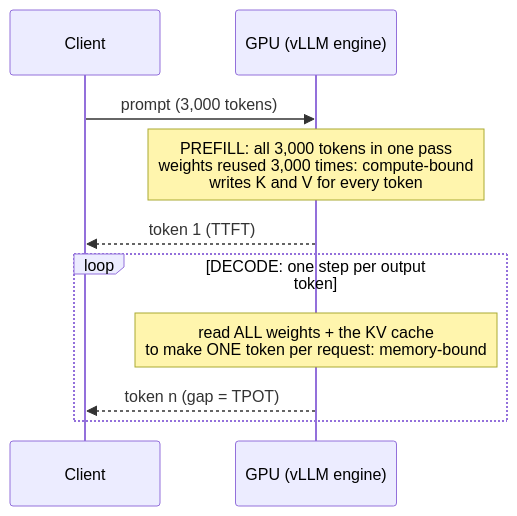
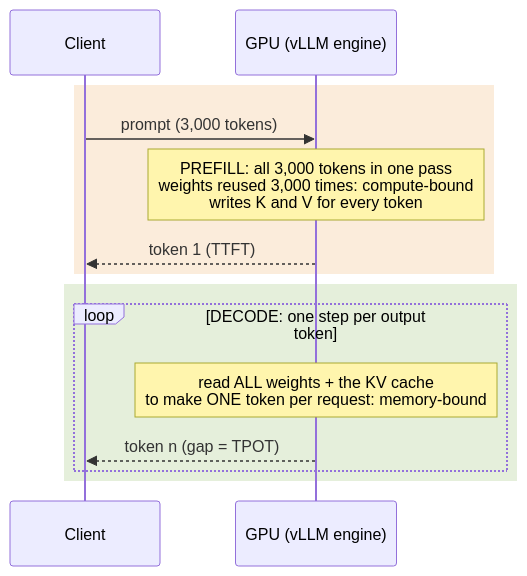
The diagram in docs/00-foundations.md (richajoy/dynamo-inference-lab), drawn with Mermaid before and after one commit. The commit also changed other lines of this file and 12 other files, not shown here.

First line of the commit message:
Polish: colour-coded diagrams, animated explainers, badges, Apache-2.0 license

````diff
--- a/docs/00-foundations.md
+++ b/docs/00-foundations.md
@@ -37,12 +37,16 @@
 ```mermaid
 sequenceDiagram
     participant C as Client
     participant G as GPU (vLLM engine)
+    rect rgba(224, 123, 0, 0.14)
     C->>G: prompt (3,000 tokens)
     Note over G: PREFILL: all 3,000 tokens in one pass<br/>weights reused 3,000 times: compute-bound<br/>writes K and V for every token
     G-->>C: token 1 (TTFT)
+    end
+    rect rgba(76, 140, 0, 0.14)
     loop DECODE: one step per output token
         Note over G: read ALL weights + the KV cache<br/>to make ONE token per request: memory-bound
         G-->>C: token n (gap = TPOT)
     end
+    end
 ```
````
